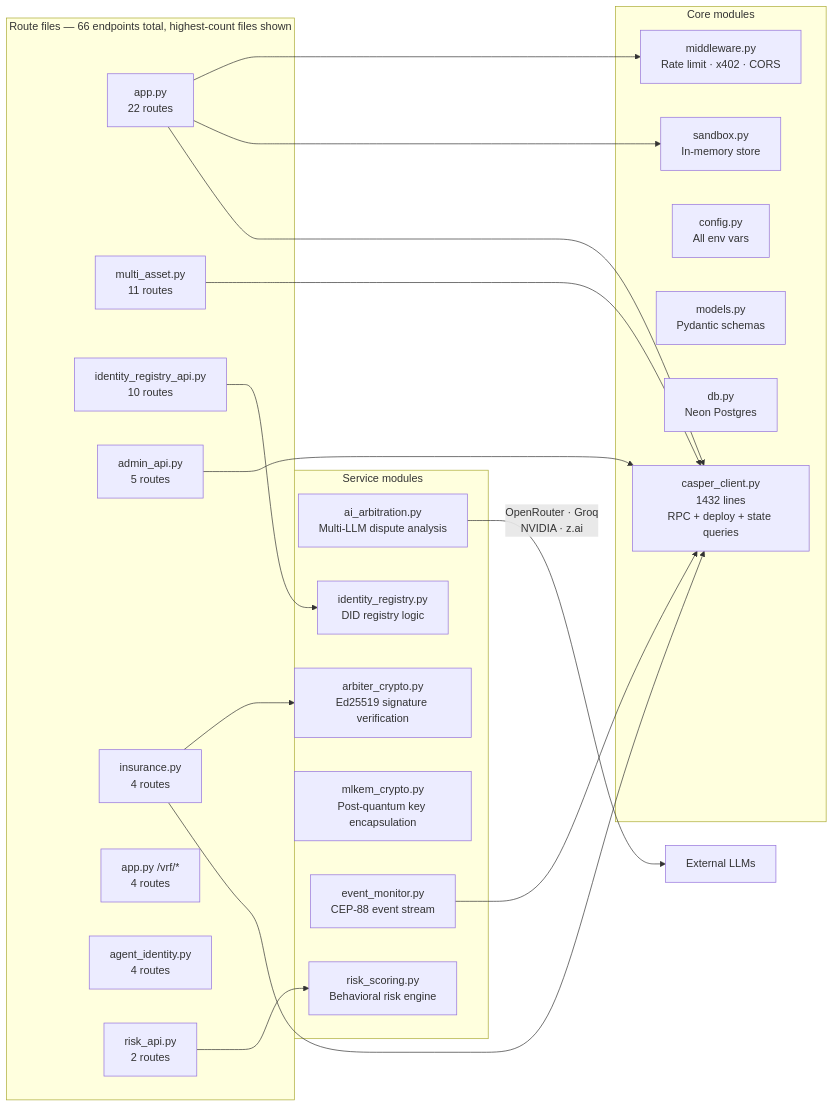
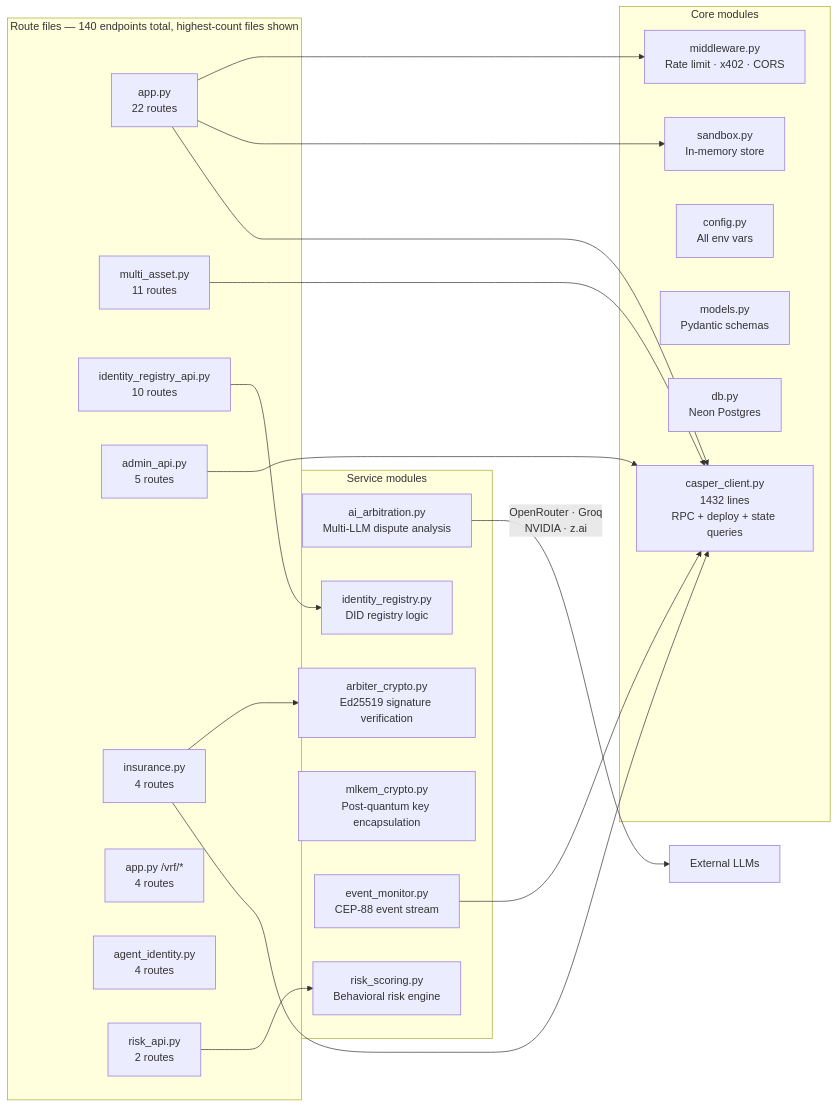
Before and after one commit to alexbelij/AgentEscrow402: the second of 12 diagrams in docs/ARCHITECTURE.md, drawn with Mermaid. The commit also changed other lines of this file and 5 other files, not shown here.

Commit message:
docs: reconcile stale contract/endpoint/test counts across ARCHITECTURE/API/ROADMAP/GAS_BENCHMARK, fix phantom identity endpoints, fix minor AI-provider name drift

````diff
--- a/docs/ARCHITECTURE.md
+++ b/docs/ARCHITECTURE.md
@@ -220,43 +220,43 @@
 ```mermaid
 graph LR
-    subgraph Routes [Route files — 66 endpoints total, highest-count files shown]
+    subgraph Routes [Route files — 140 endpoints total, highest-count files shown]
         app[app.py<br/>22 routes]
         multi[multi_asset.py<br/>11 routes]
         idr[identity_registry_api.py<br/>10 routes]
         admin[admin_api.py<br/>5 routes]
         ins[insurance.py<br/>4 routes]
         vrf_r[app.py /vrf/*<br/>4 routes]
         ident[agent_identity.py<br/>4 routes]
         risk_r[risk_api.py<br/>2 routes]
     end
 
     subgraph Core [Core modules]
         casper[casper_client.py<br/>1432 lines<br/>RPC + deploy + state queries]
         sandbox[sandbox.py<br/>In-memory store]
         config[config.py<br/>All env vars]
         models[models.py<br/>Pydantic schemas]
         db[db.py<br/>Neon Postgres]
         mw[middleware.py<br/>Rate limit · x402 · CORS]
     end
 
     subgraph Services [Service modules]
         arb[ai_arbitration.py<br/>Multi-LLM dispute analysis]
         ac[arbiter_crypto.py<br/>Ed25519 signature verification]
         risk_s[risk_scoring.py<br/>Behavioral risk engine]
         mlkem[mlkem_crypto.py<br/>Post-quantum key encapsulation]
         em[event_monitor.py<br/>CEP-88 event stream]
         idr_svc[identity_registry.py<br/>DID registry logic]
     end
 
     app --> casper
     app --> sandbox
     app --> mw
     multi --> casper
     ins --> casper
     ins --> ac
     idr --> idr_svc
     admin --> casper
     arb --> |OpenRouter · Groq<br/>NVIDIA · z.ai| LLMs[External LLMs]
     risk_r --> risk_s
     em --> casper
 ```
````
